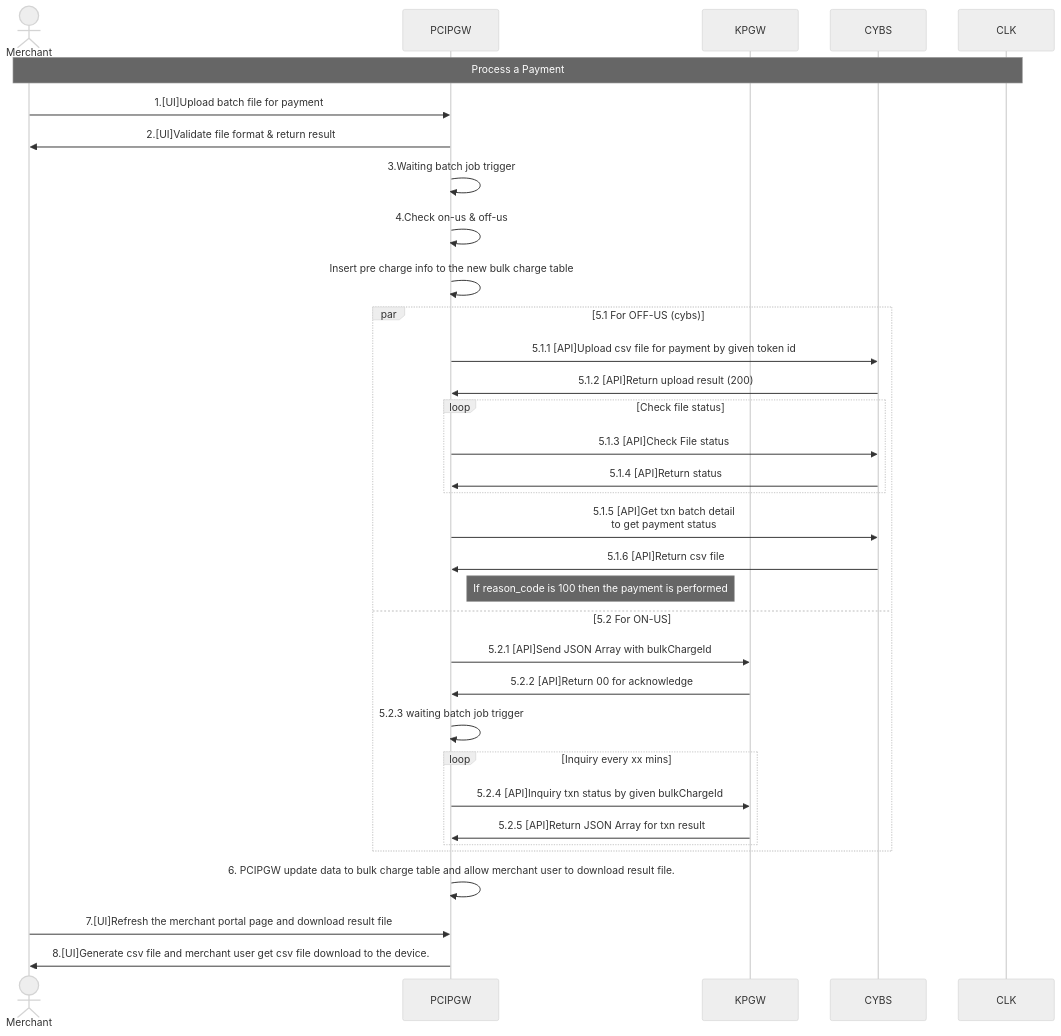
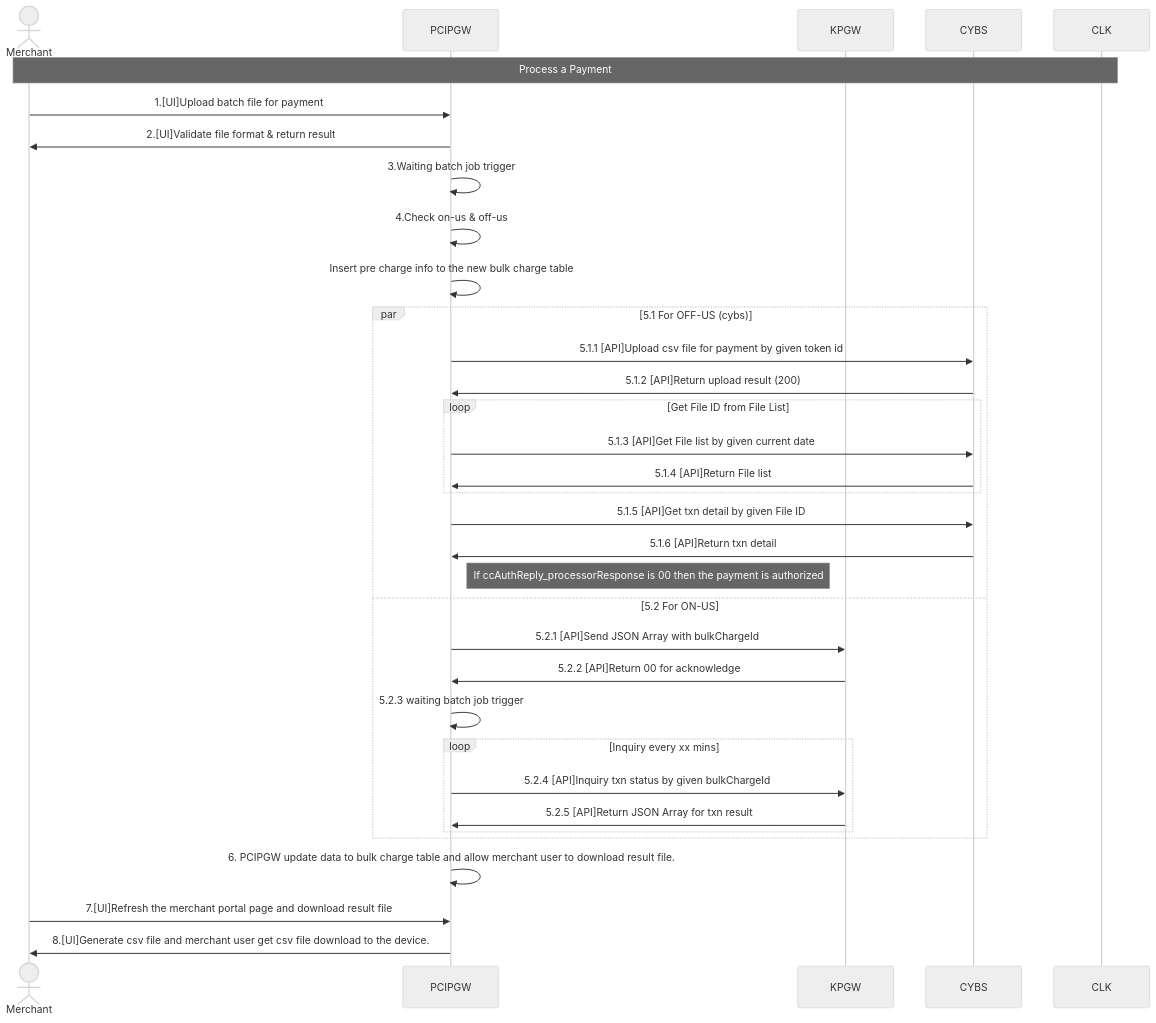
One commit to yuusuke25/MyNotes changed the second of 3 diagrams in RecurringTokenFlow.md. Above: the diagram before and after it, drawn with Mermaid (neutral theme).

````diff
--- a/RecurringTokenFlow.md
+++ b/RecurringTokenFlow.md
@@ -30,36 +30,36 @@
 ```mermaid
     sequenceDiagram
         Actor Merchant
         participant PCIPGW
         participant KPGW
         participant CYBS
         participant CLK
         Note over Merchant,CLK: Process a Payment
         Merchant->>PCIPGW: 1.[UI]Upload batch file for payment
         PCIPGW->>Merchant: 2.[UI]Validate file format & return result
         PCIPGW->>PCIPGW: 3.Waiting batch job trigger
         PCIPGW->>PCIPGW: 4.Check on-us & off-us
         PCIPGW->>PCIPGW: Insert pre charge info to the new bulk charge table
         par 5.1 For OFF-US (cybs)
           PCIPGW->>CYBS: 5.1.1 [API]Upload csv file for payment by given token id
           CYBS->>PCIPGW: 5.1.2 [API]Return upload result (200)
-          Loop Check file status
-              PCIPGW->>CYBS: 5.1.3 [API]Check File status
-              CYBS->>PCIPGW: 5.1.4 [API]Return status
+          Loop Get File ID from File List
+              PCIPGW->>CYBS: 5.1.3 [API]Get File list by given current date
+              CYBS->>PCIPGW: 5.1.4 [API]Return File list
           end
-          PCIPGW->>CYBS: 5.1.5 [API]Get txn batch detail<br>to get payment status
-          CYBS->>PCIPGW: 5.1.6 [API]Return csv file
-          Note right of PCIPGW: If reason_code is 100 then the payment is performed
+          PCIPGW->>CYBS: 5.1.5 [API]Get txn detail by given File ID
+          CYBS->>PCIPGW: 5.1.6 [API]Return txn detail
+          Note right of PCIPGW: If ccAuthReply_processorResponse is 00 then the payment is authorized
         and 5.2 For ON-US
           PCIPGW->>KPGW: 5.2.1 [API]Send JSON Array with bulkChargeId
           KPGW->>PCIPGW: 5.2.2 [API]Return 00 for acknowledge
           PCIPGW->>PCIPGW: 5.2.3 waiting batch job trigger
           Loop Inquiry every xx mins
             PCIPGW->>KPGW: 5.2.4 [API]Inquiry txn status by given bulkChargeId
             KPGW->>PCIPGW: 5.2.5 [API]Return JSON Array for txn result
           end
         end
         PCIPGW->>PCIPGW: 6. PCIPGW update data to bulk charge table and allow merchant user to download result file.
         Merchant->>PCIPGW: 7.[UI]Refresh the merchant portal page and download result file
         PCIPGW->>Merchant: 8.[UI]Generate csv file and merchant user get csv file download to the device.
 ```
````
